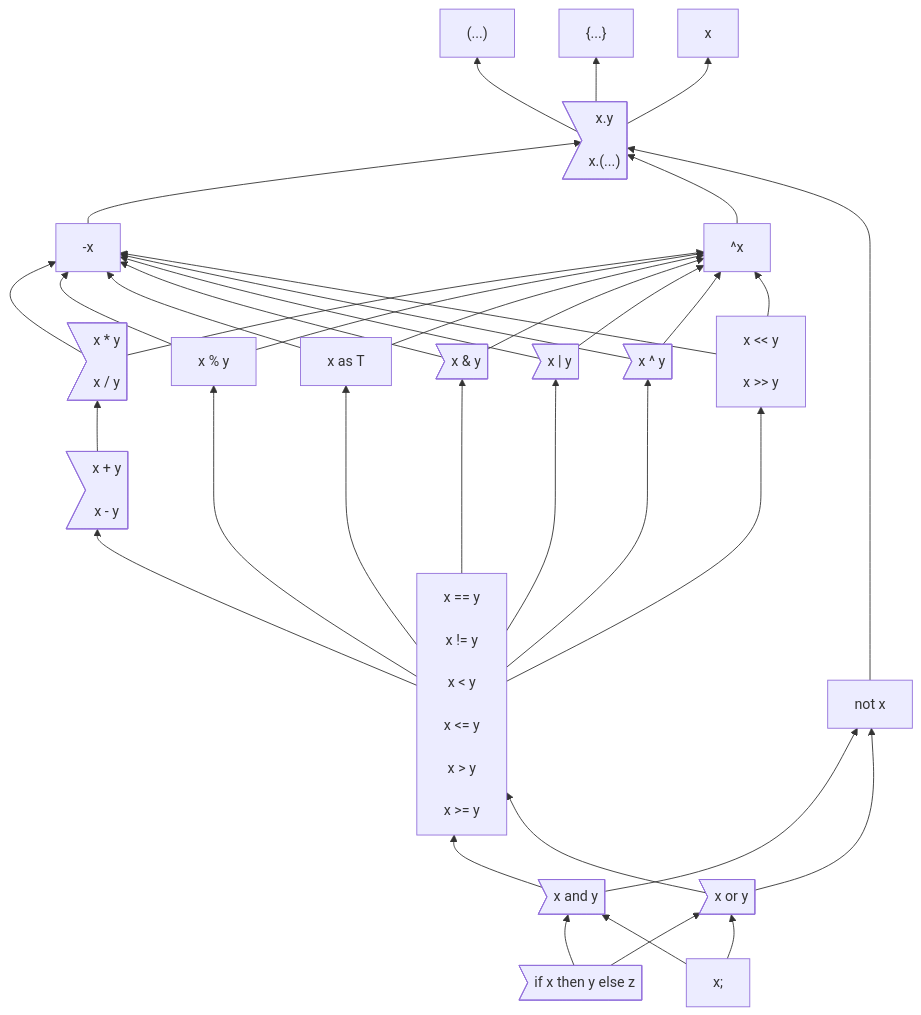
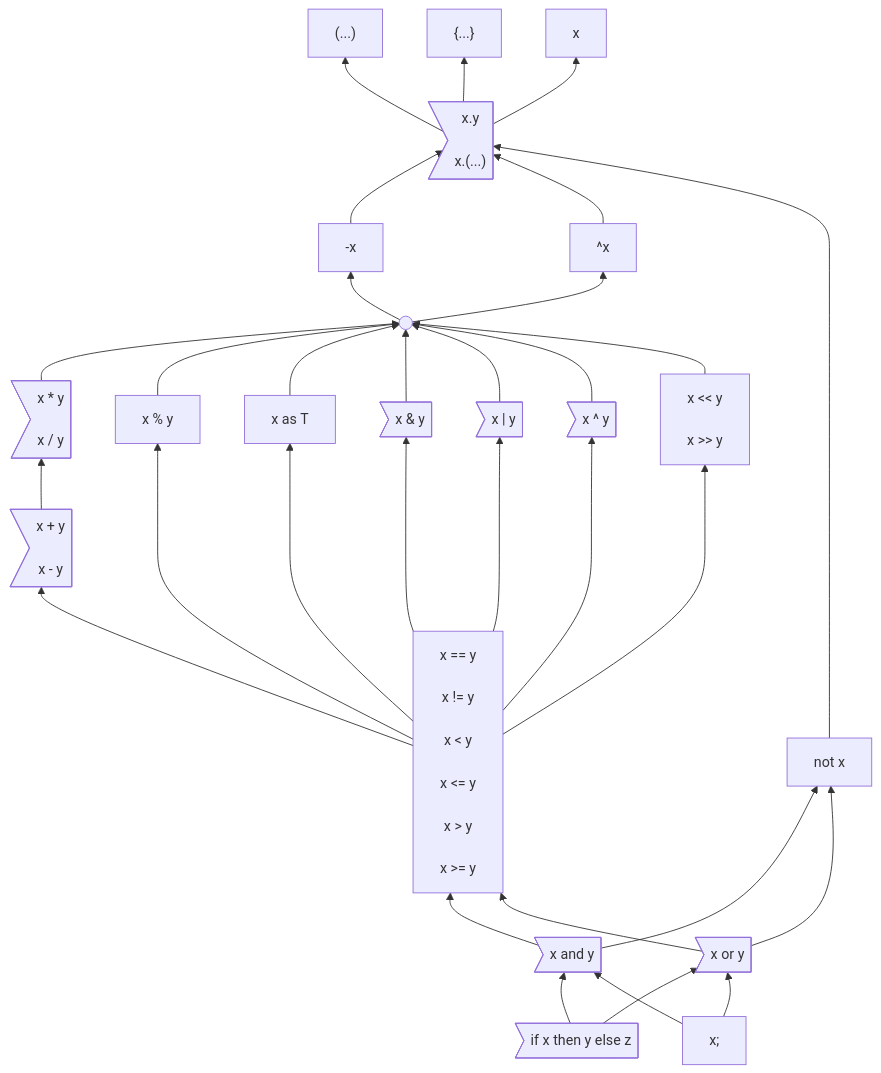
Before and after one commit to carbon-language/carbon-lang: the first of 2 diagrams in docs/design/expressions/README.md, drawn with Mermaid.

Commit message:
Attempt to make precedence graph prettier.

````diff
--- a/docs/design/expressions/README.md
+++ b/docs/design/expressions/README.md
@@ -52,79 +52,82 @@
 ```mermaid
 %%{init: {'themeVariables': {'fontFamily': 'monospace'}}}%%
 graph BT
     parens["(...)"]
 
     braces["{...}"]
     click braces "https://github.com/carbon-language/carbon-lang/blob/trunk/docs/design/classes.md#literals"
 
     unqualifiedName["x"]
     click unqualifiedName "https://github.com/carbon-language/carbon-lang/blob/trunk/docs/design/expressions/README.md#unqualified-names"
 
     memberAccess>"x.y<br>
                     x.(...)"]
     click memberAccess "https://github.com/carbon-language/carbon-lang/blob/trunk/docs/design/expressions/member_access.md"
 
     negation["-x"]
     click negation "https://github.com/carbon-language/carbon-lang/blob/trunk/docs/design/expressions/arithmetic.md"
 
     complement["^x"]
     click complement "https://github.com/carbon-language/carbon-lang/blob/trunk/docs/design/expressions/bitwise.md"
+
+    unary((" "))
 
     as["x as T"]
     click as "https://github.com/carbon-language/carbon-lang/blob/trunk/docs/design/expressions/implicit_conversions.md"
 
     multiplication>"x * y<br>
                     x / y"]
     click multiplication "https://github.com/carbon-language/carbon-lang/blob/trunk/docs/design/expressions/arithmetic.md"
 
     addition>"x + y<br>
               x - y"]
     click addition "https://github.com/carbon-language/carbon-lang/blob/trunk/docs/design/expressions/arithmetic.md"
 
     modulo["x % y"]
     click modulo "https://github.com/carbon-language/carbon-lang/blob/trunk/docs/design/expressions/arithmetic.md"
 
     bitwise_and>"x & y"]
     bitwise_or>"x | y"]
     bitwise_xor>"x ^ y"]
     click bitwise_and "https://github.com/carbon-language/carbon-lang/blob/trunk/docs/design/expressions/bitwise.md"
     click bitwise_or "https://github.com/carbon-language/carbon-lang/blob/trunk/docs/design/expressions/bitwise.md"
     click bitwise_xor "https://github.com/carbon-language/carbon-lang/blob/trunk/docs/design/expressions/bitwise.md"
 
     shift["x << y<br>
            x >> y"]
     click shift "https://github.com/carbon-language/carbon-lang/blob/trunk/docs/design/expressions/bitwise.md"
 
     comparison["x == y<br>
                 x != y<br>
                 x < y<br>
                 x <= y<br>
                 x > y<br>
                 x >= y"]
     click comparison "https://github.com/carbon-language/carbon-lang/blob/trunk/docs/design/expressions/comparison_operators.md"
 
     not["not x"]
     click not "https://github.com/carbon-language/carbon-lang/blob/trunk/docs/design/expressions/logical_operators.md"
 
     and>"x and y"]
     click and "https://github.com/carbon-language/carbon-lang/blob/trunk/docs/design/expressions/logical_operators.md"
 
     or>"x or y"]
     click or "https://github.com/carbon-language/carbon-lang/blob/trunk/docs/design/expressions/logical_operators.md"
 
     if>"if x then y else z"]
     click if "https://github.com/carbon-language/carbon-lang/blob/trunk/docs/design/expressions/if.md"
 
     expressionEnd["x;"]
 
     memberAccess --> parens & braces & unqualifiedName
     negation --> memberAccess
     complement --> memberAccess
+    unary --> negation & complement
     %% Use a longer arrow here to put `not` next to `and` and `or`.
     not -----> memberAccess
-    multiplication & modulo & as & bitwise_and & bitwise_or & bitwise_xor & shift --> negation & complement
+    multiplication & modulo & as & bitwise_and & bitwise_or & bitwise_xor & shift --> unary
     addition --> multiplication
     comparison --> modulo & addition & as & bitwise_and & bitwise_or & bitwise_xor & shift
     and & or --> comparison & not
     if & expressionEnd --> and & or
 ```
````
